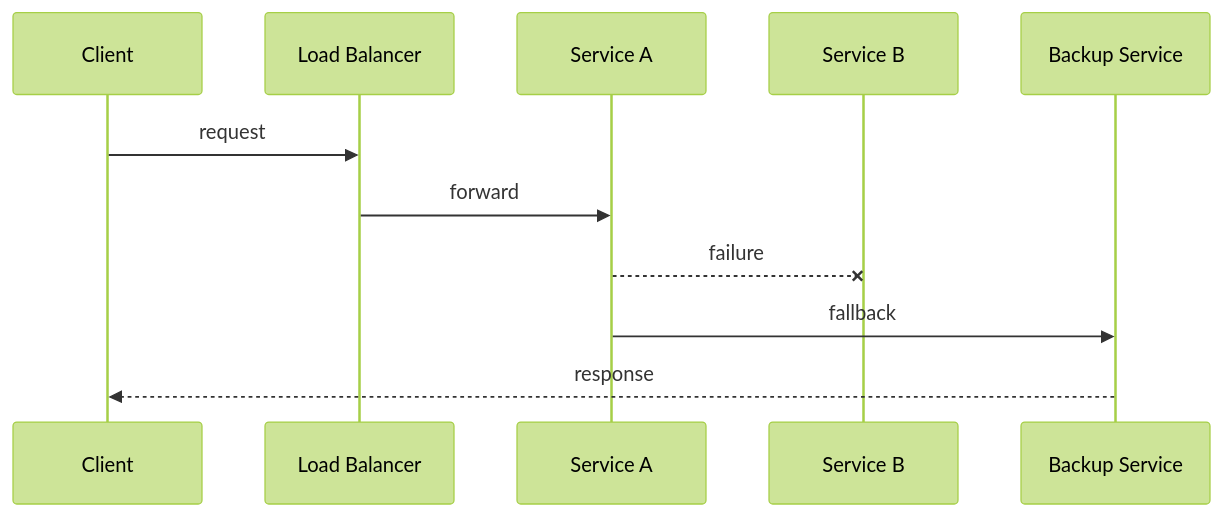
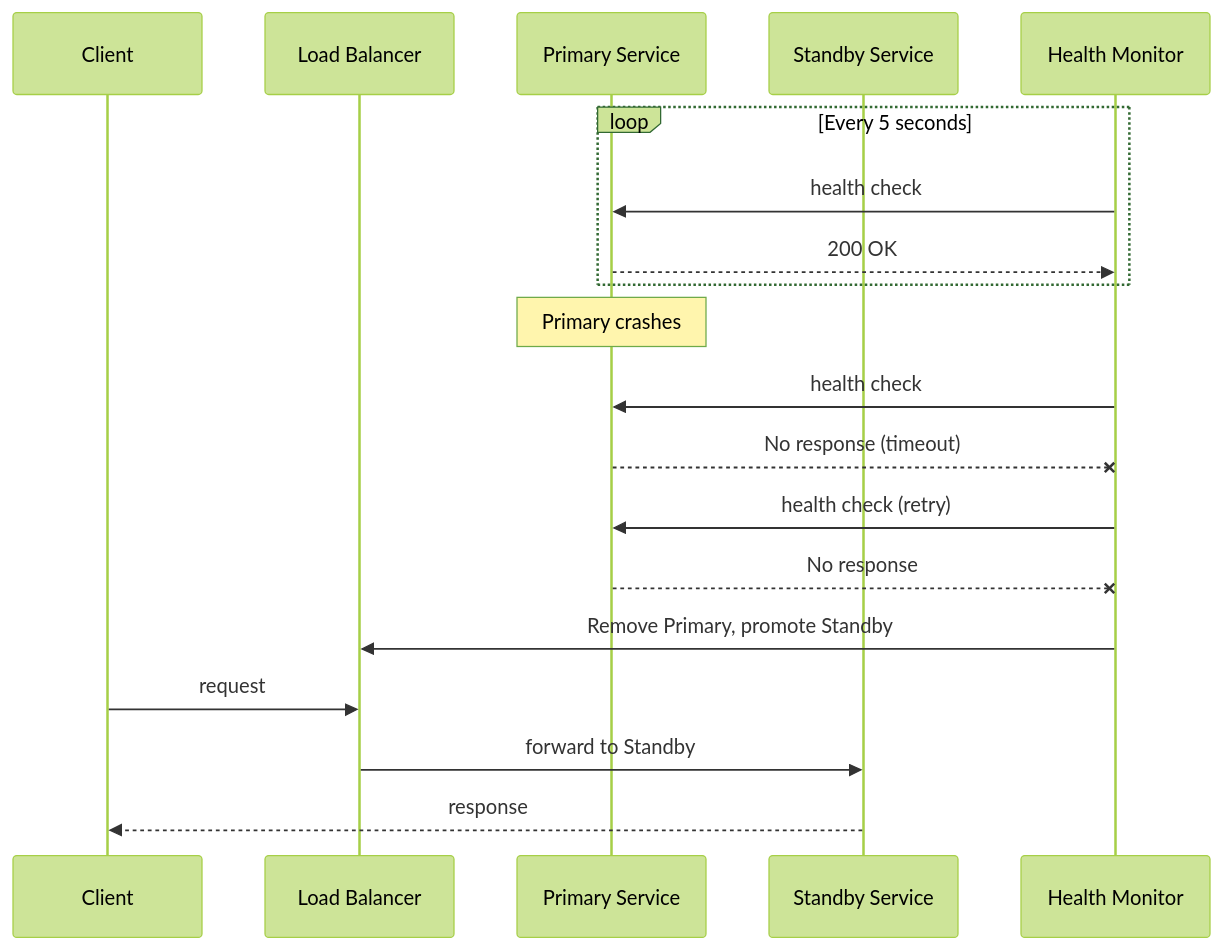
Before and after one commit to akshay-k-r/Interview-Prep-Resource: the second of 3 diagrams in src/pages/02-hld/fundamentals/fault-tolerance/index.mdx, drawn with Mermaid (forest theme). The commit also changed other lines of this file and 179 other files, not shown here.

````diff
--- a/src/pages/02-hld/fundamentals/fault-tolerance/index.mdx
+++ b/src/pages/02-hld/fundamentals/fault-tolerance/index.mdx
@@ -28,14 +68,26 @@
 ```mermaid
 sequenceDiagram
     participant C as Client
     participant LB as Load Balancer
-    participant A as Service A
-    participant B as Service B
-    participant Backup as Backup Service
+    participant P as Primary Service
+    participant S as Standby Service
+    participant M as Health Monitor
+
+    loop Every 5 seconds
+        M->>P: health check
+        P-->>M: 200 OK
+    end
+
+    Note over P: Primary crashes
+
+    M->>P: health check
+    P--xM: No response (timeout)
+    M->>P: health check (retry)
+    P--xM: No response
+
+    M->>LB: Remove Primary, promote Standby
 
     C->>LB: request
-    LB->>A: forward
-    A--x B: failure
-    A->>Backup: fallback
-    Backup-->>C: response
+    LB->>S: forward to Standby
+    S-->>C: response
 ```
````
